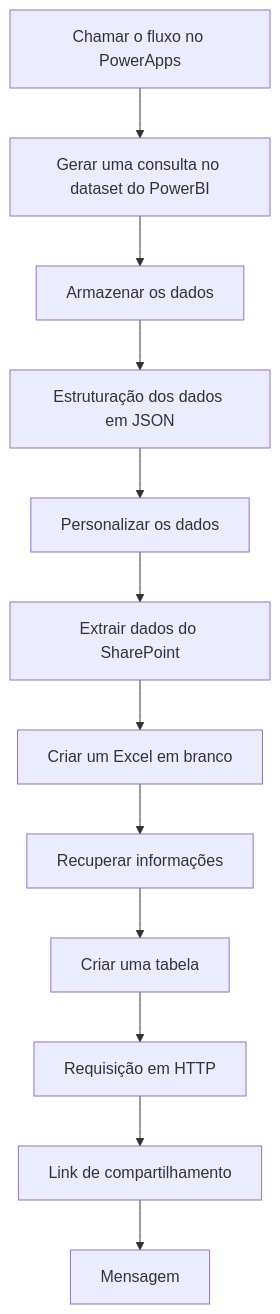
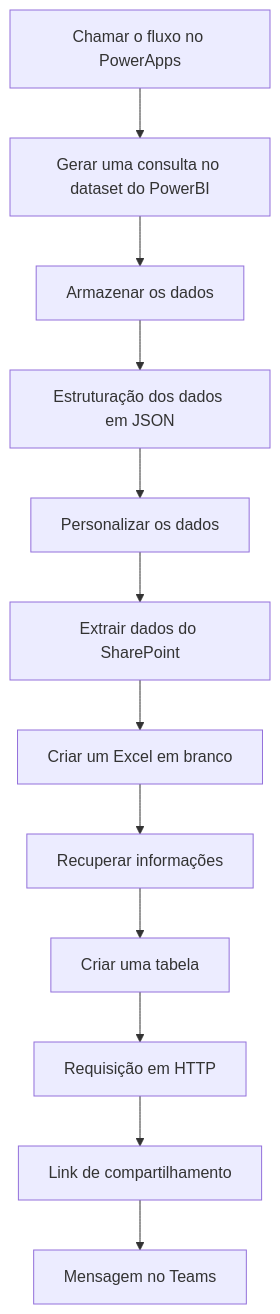
The diagram in content/en/docs/planejamento-integrado/fluxoPowerAutomate.md (luigicaetano/APMDDocumentacao), drawn with Mermaid before and after one commit. The commit also changed other lines of this file and 1 other file, not shown here.

````diff
--- a/content/en/docs/planejamento-integrado/fluxoPowerAutomate.md
+++ b/content/en/docs/planejamento-integrado/fluxoPowerAutomate.md
@@ -17,14 +24,14 @@
 ```mermaid
 graph TD
     A[Chamar o fluxo no PowerApps] --> B[Gerar uma consulta no dataset do PowerBI]
     B --> C[Armazenar os dados]
     C --> D[Estruturação dos dados em JSON]
     D --> E[Personalizar os dados]
     E --> F[Extrair dados do SharePoint]
     F --> G[Criar um Excel em branco]
     G --> H[Recuperar informações]
     H --> I[Criar uma tabela]
     I --> J[Requisição em HTTP]
     J --> K[Link de compartilhamento]
-    K --> L[Mensagem]
+    K --> L[Mensagem no Teams]
 ```
````
